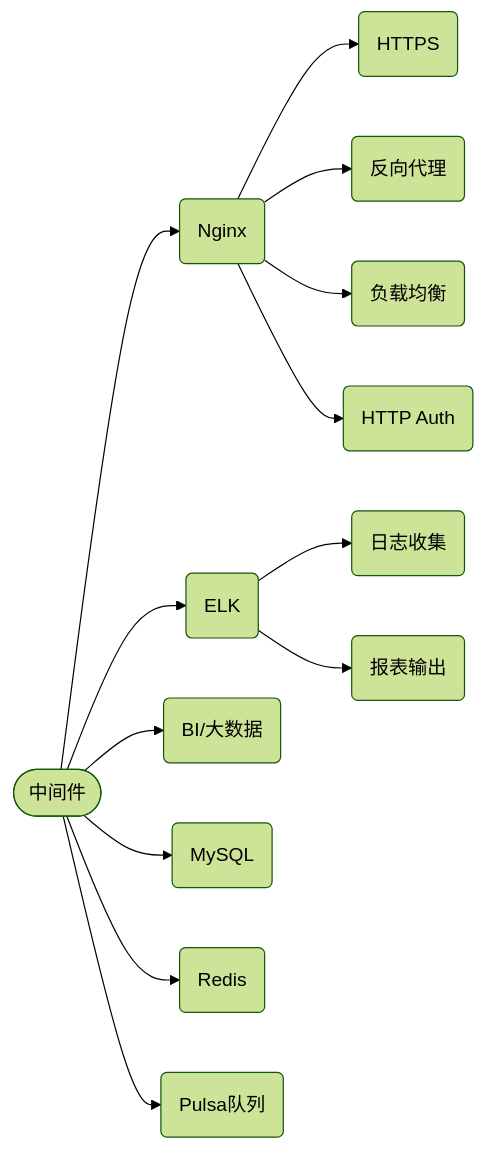
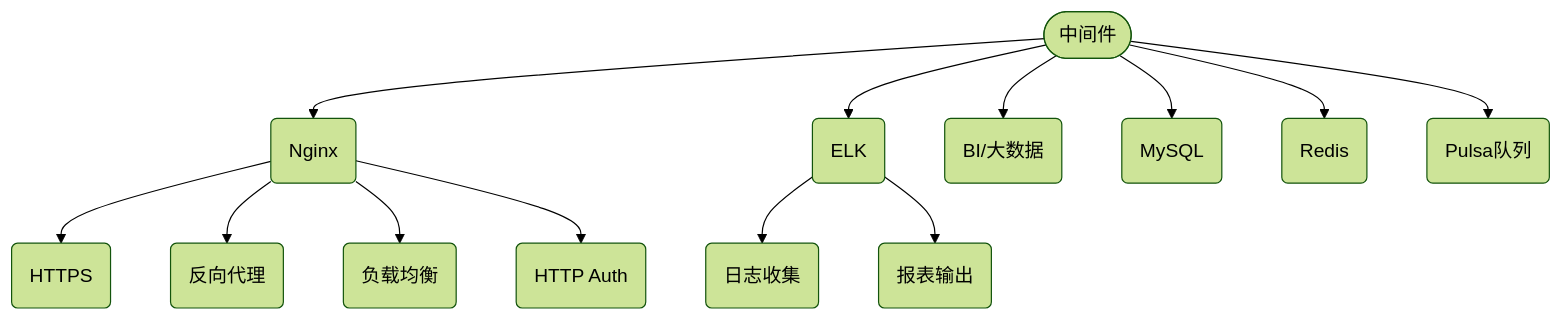
Before and after one commit to dengqinghua/dengqinghua.github.io: the seventh of 7 diagrams in _posts/2021-07-26-3-month-sharing.md, drawn with Mermaid (forest theme). The commit also changed other lines of this file and 37 other files, not shown here.

```diff
--- a/_posts/2021-07-26-3-month-sharing.md
+++ b/_posts/2021-07-26-3-month-sharing.md
@@ -216,19 +525,19 @@
 <div class="mermaid" markdown="0">
-graph LR;
+graph TB;
     sys([中间件]);
     sys0(Nginx);
     sys00(HTTPS);
     sys01(反向代理);
     sys02(负载均衡);
     sys03(HTTP Auth);
     sys1(ELK);
     sys11(日志收集);
     sys12(报表输出);
     sys2(BI/大数据);
     sys3(MySQL);
     sys4(Redis);
     sys5(Pulsa队列);
     sys-->sys0 & sys1 & sys2 & sys3 & sys4 & sys5;
     sys0-->sys00 & sys01 & sys02 & sys03;
     sys1-->sys11 & sys12;
 </div>
```
